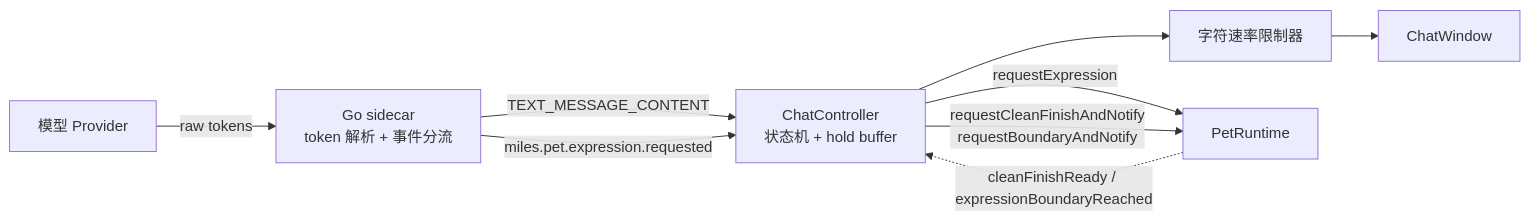
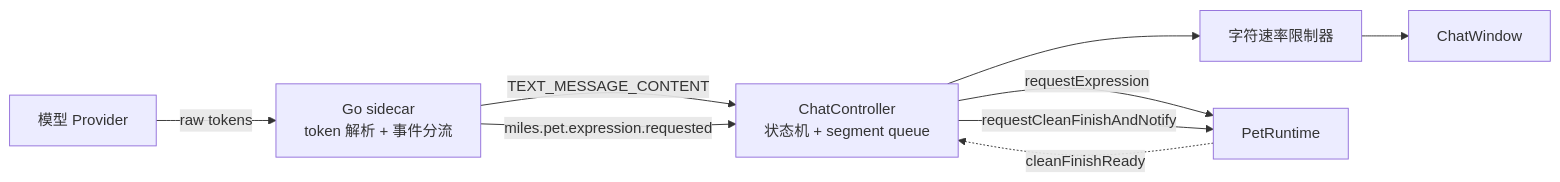
Before and after one commit to tiantian180/MilesEdgeworth: the first of 4 diagrams in docs/v2/设计方案/AI 聊天动画编排设计.md, drawn with Mermaid. The commit also changed other lines of this file and 5 other files, not shown here.

````diff
--- a/docs/v2/设计方案/AI 聊天动画编排设计.md
+++ b/docs/v2/设计方案/AI 聊天动画编排设计.md
@@ -31,18 +104,18 @@
 ```mermaid
 flowchart LR
     Model["模型 Provider"]
     Sidecar["Go sidecar<br/>token 解析 + 事件分流"]
-    Controller["ChatController<br/>状态机 + hold buffer"]
+    Controller["ChatController<br/>状态机 + segment queue"]
     Ticker["字符速率限制器"]
     UI["ChatWindow"]
     Runtime["PetRuntime"]
 
     Model -->|raw tokens| Sidecar
     Sidecar -->|TEXT_MESSAGE_CONTENT| Controller
     Sidecar -->|miles.pet.expression.requested| Controller
     Controller -->|requestExpression| Runtime
-    Controller -->|requestCleanFinishAndNotify<br/>requestBoundaryAndNotify| Runtime
-    Runtime -. cleanFinishReady / expressionBoundaryReached .-> Controller
+    Controller -->|requestCleanFinishAndNotify| Runtime
+    Runtime -. cleanFinishReady .-> Controller
     Controller --> Ticker
     Ticker --> UI
 ```
````
